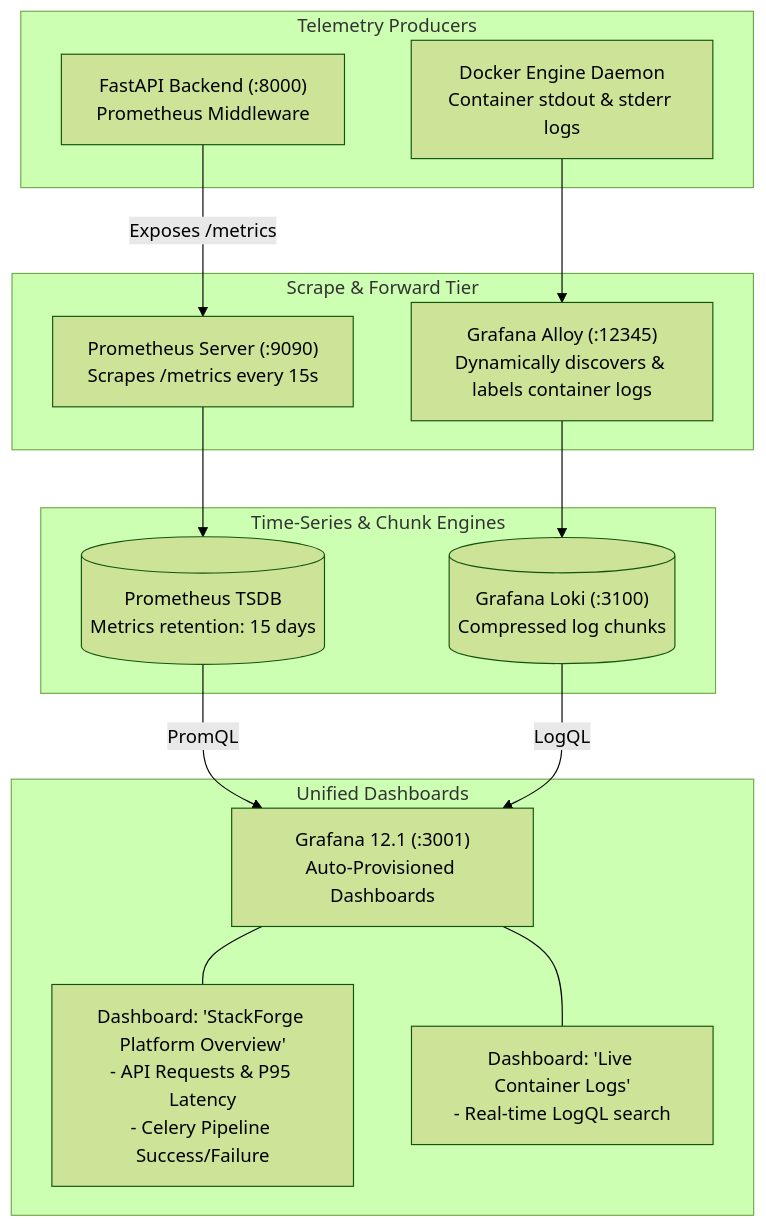
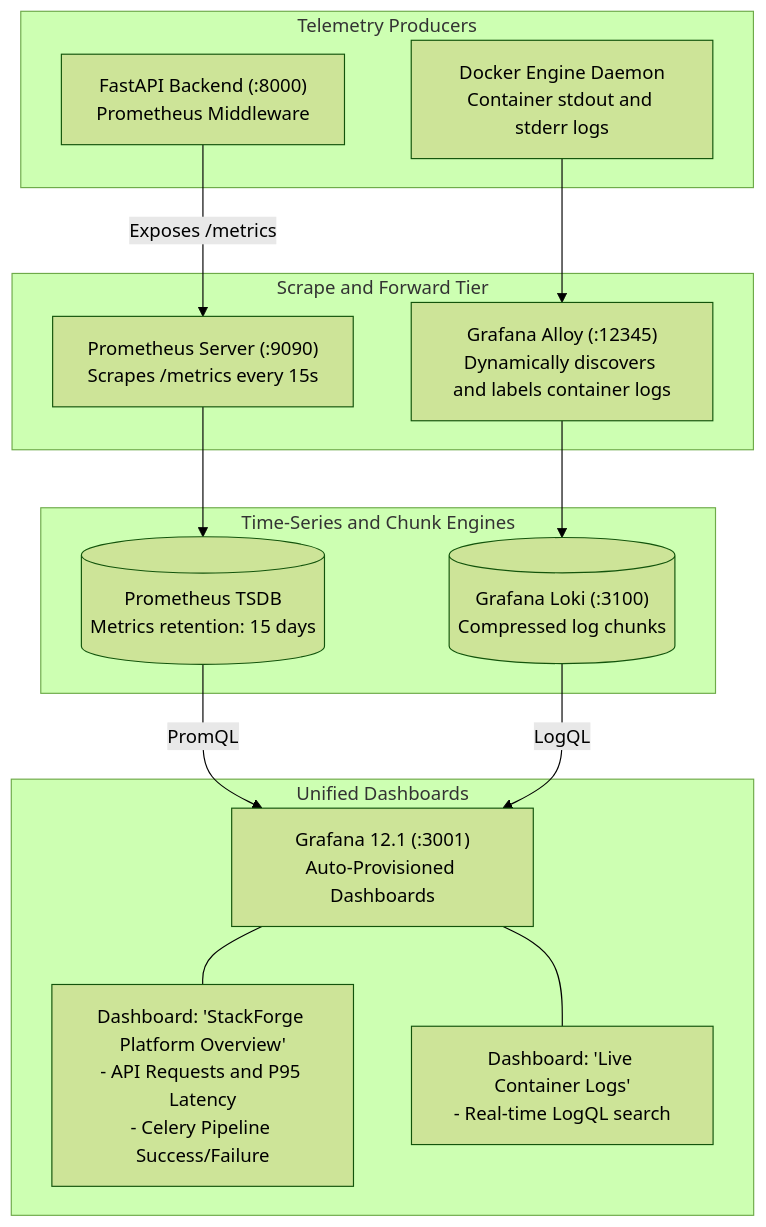
One commit to satviashwin369-creator/StackForge changed the eighth of 9 diagrams in docs/Architecture.md. Above: the diagram before and after it, drawn with Mermaid (forest theme). The commit also changed other lines of this file and 20 other files, not shown here.

Commit message:
docs(arch): add native PNG diagrams and unwrap top-level Mermaid blocks for 100% GitHub visibility

````diff
--- a/docs/Architecture.md
+++ b/docs/Architecture.md
@@ -511,34 +484,34 @@
 ```mermaid
 flowchart TD
     subgraph AppSources ["Telemetry Producers"]
         FastAPI["FastAPI Backend (:8000)<br/>Prometheus Middleware"]
-        Containers["Docker Engine Daemon<br/>Container stdout & stderr logs"]
+        Containers["Docker Engine Daemon<br/>Container stdout and stderr logs"]
     end
 
-    subgraph Collection ["Scrape & Forward Tier"]
+    subgraph Collection ["Scrape and Forward Tier"]
         Prometheus["Prometheus Server (:9090)<br/>Scrapes /metrics every 15s"]
-        Alloy["Grafana Alloy (:12345)<br/>Dynamically discovers & labels container logs"]
+        Alloy["Grafana Alloy (:12345)<br/>Dynamically discovers and labels container logs"]
     end
 
-    subgraph TSDBEngine ["Time-Series & Chunk Engines"]
+    subgraph TSDBEngine ["Time-Series and Chunk Engines"]
         PromTSDB[("Prometheus TSDB<br/>Metrics retention: 15 days")]
         LokiTSDB[("Grafana Loki (:3100)<br/>Compressed log chunks")]
     end
 
     subgraph Dashboards ["Unified Dashboards"]
         Grafana["Grafana 12.1 (:3001)<br/>Auto-Provisioned Dashboards"]
-        D1["Dashboard: 'StackForge Platform Overview'<br/>- API Requests & P95 Latency<br/>- Celery Pipeline Success/Failure"]
+        D1["Dashboard: 'StackForge Platform Overview'<br/>- API Requests and P95 Latency<br/>- Celery Pipeline Success/Failure"]
         D2["Dashboard: 'Live Container Logs'<br/>- Real-time LogQL search"]
     end
 
     FastAPI -->|"Exposes /metrics"| Prometheus
     Prometheus --> PromTSDB
 
     Containers --> Alloy
     Alloy --> LokiTSDB
 
     PromTSDB -->|"PromQL"| Grafana
     LokiTSDB -->|"LogQL"| Grafana
 
     Grafana --- D1 & D2
 ```
````
